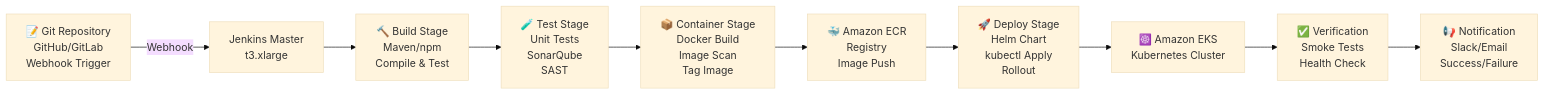
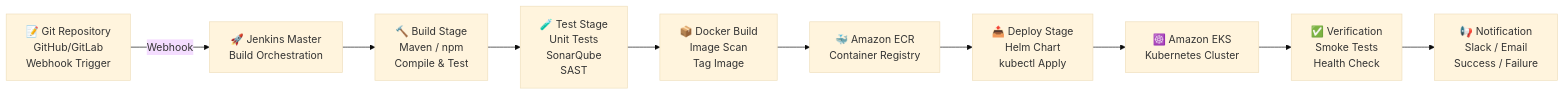
The fourth of 5 diagrams in ARCHITECTURE_DIAGRAMS.md (Haritest/ai-python), drawn with Mermaid (base theme) before and after one commit. The commit also changed other lines of this file, not shown here.

Commit message:
Architecture diagram updated

````diff
--- a/ARCHITECTURE_DIAGRAMS.md
+++ b/ARCHITECTURE_DIAGRAMS.md
@@ -194,32 +201,32 @@
 ```mermaid
 graph LR
     Git["📝 Git Repository<br/>GitHub/GitLab<br/>Webhook Trigger"]
     
-    Jenkins["Jenkins Master<br/>t3.xlarge"]
+    Jenkins["🚀 Jenkins Master<br/>Build Orchestration"]
     
-    Build["🔨 Build Stage<br/>Maven/npm<br/>Compile & Test"]
+    Build["🔨 Build Stage<br/>Maven / npm<br/>Compile & Test"]
     
     Test["🧪 Test Stage<br/>Unit Tests<br/>SonarQube<br/>SAST"]
     
-    Container["📦 Container Stage<br/>Docker Build<br/>Image Scan<br/>Tag Image"]
+    Container["📦 Docker Build<br/>Image Scan<br/>Tag Image"]
     
-    ECR["🐳 Amazon ECR<br/>Registry<br/>Image Push"]
+    ECR["🐳 Amazon ECR<br/>Container Registry"]
     
-    Deploy["🚀 Deploy Stage<br/>Helm Chart<br/>kubectl Apply<br/>Rollout"]
+    Deploy["📤 Deploy Stage<br/>Helm Chart<br/>kubectl Apply"]
     
     EKS["☸️ Amazon EKS<br/>Kubernetes Cluster"]
     
     Verify["✅ Verification<br/>Smoke Tests<br/>Health Check"]
     
-    Notify["📢 Notification<br/>Slack/Email<br/>Success/Failure"]
+    Notify["📢 Notification<br/>Slack / Email<br/>Success / Failure"]
     
     Git -->|Webhook| Jenkins
     Jenkins --> Build
     Build --> Test
     Test --> Container
     Container --> ECR
     ECR --> Deploy
     Deploy --> EKS
     EKS --> Verify
     Verify --> Notify
 ```
````
